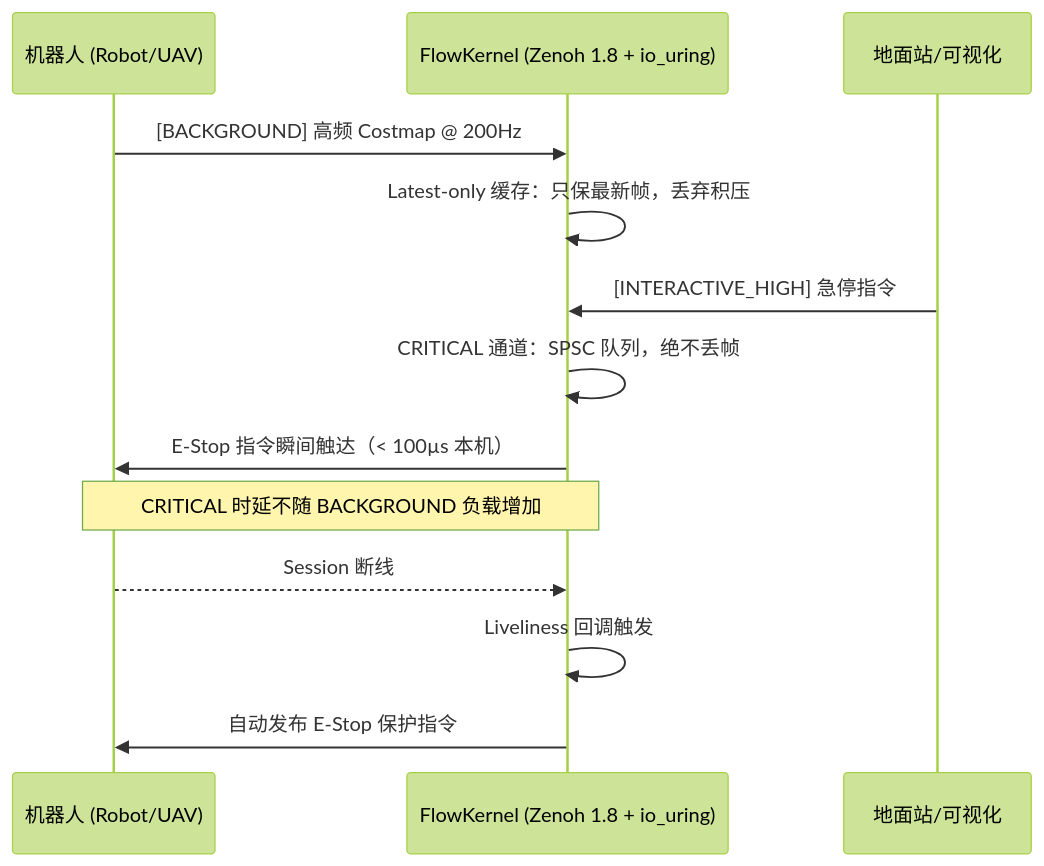
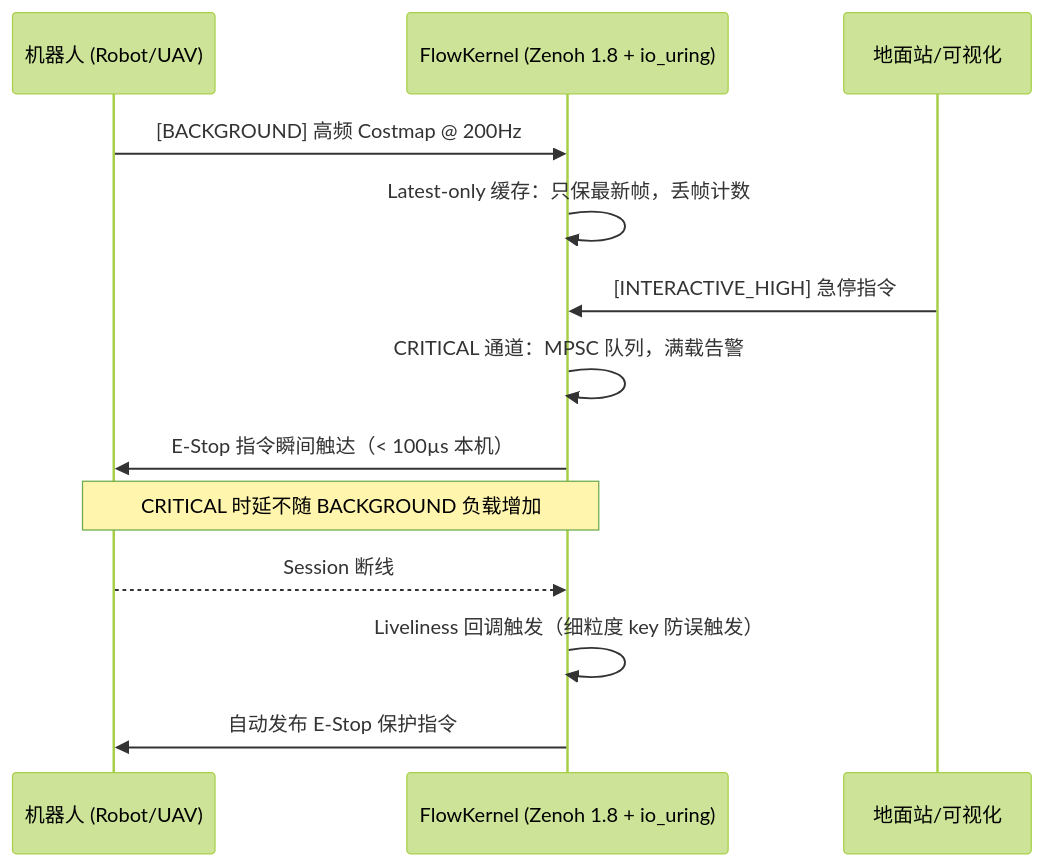
Before and after one commit to tuyigu/flowkernel: the diagram in README.md, drawn with Mermaid (forest theme). The commit also changed other lines of this file and 12 other files, not shown here.

````diff
--- a/README.md
+++ b/README.md
@@ -58,16 +65,16 @@
 ```mermaid
 sequenceDiagram
     participant R as 机器人 (Robot/UAV)
     participant K as FlowKernel (Zenoh 1.8 + io_uring)
     participant G as 地面站/可视化
 
     R->>K: [BACKGROUND] 高频 Costmap @ 200Hz
-    K->>K: Latest-only 缓存：只保最新帧，丢弃积压
+    K->>K: Latest-only 缓存：只保最新帧，丢帧计数
     G->>K: [INTERACTIVE_HIGH] 急停指令
-    K->>K: CRITICAL 通道：SPSC 队列，绝不丢帧
+    K->>K: CRITICAL 通道：MPSC 队列，满载告警
     K->>R: E-Stop 指令瞬间触达（< 100µs 本机）
     Note over K,R: CRITICAL 时延不随 BACKGROUND 负载增加
     R-->>K: Session 断线
-    K->>K: Liveliness 回调触发
+    K->>K: Liveliness 回调触发（细粒度 key 防误触发）
     K->>R: 自动发布 E-Stop 保护指令
 ```
````
